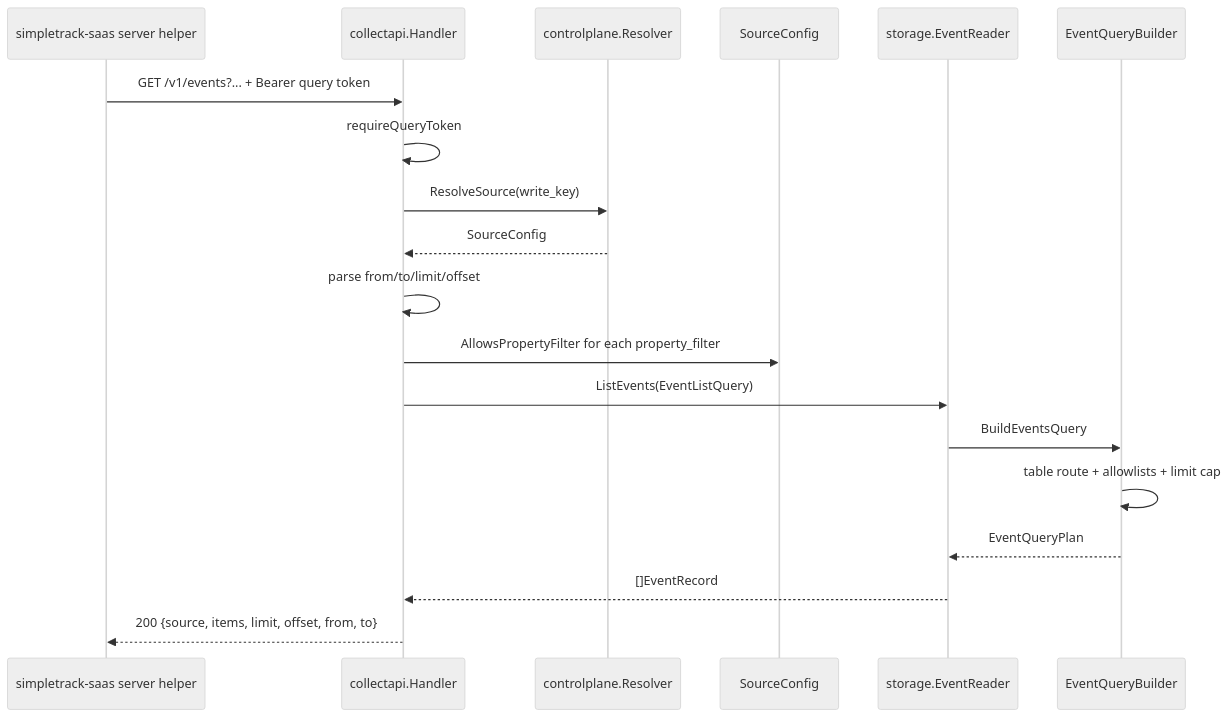
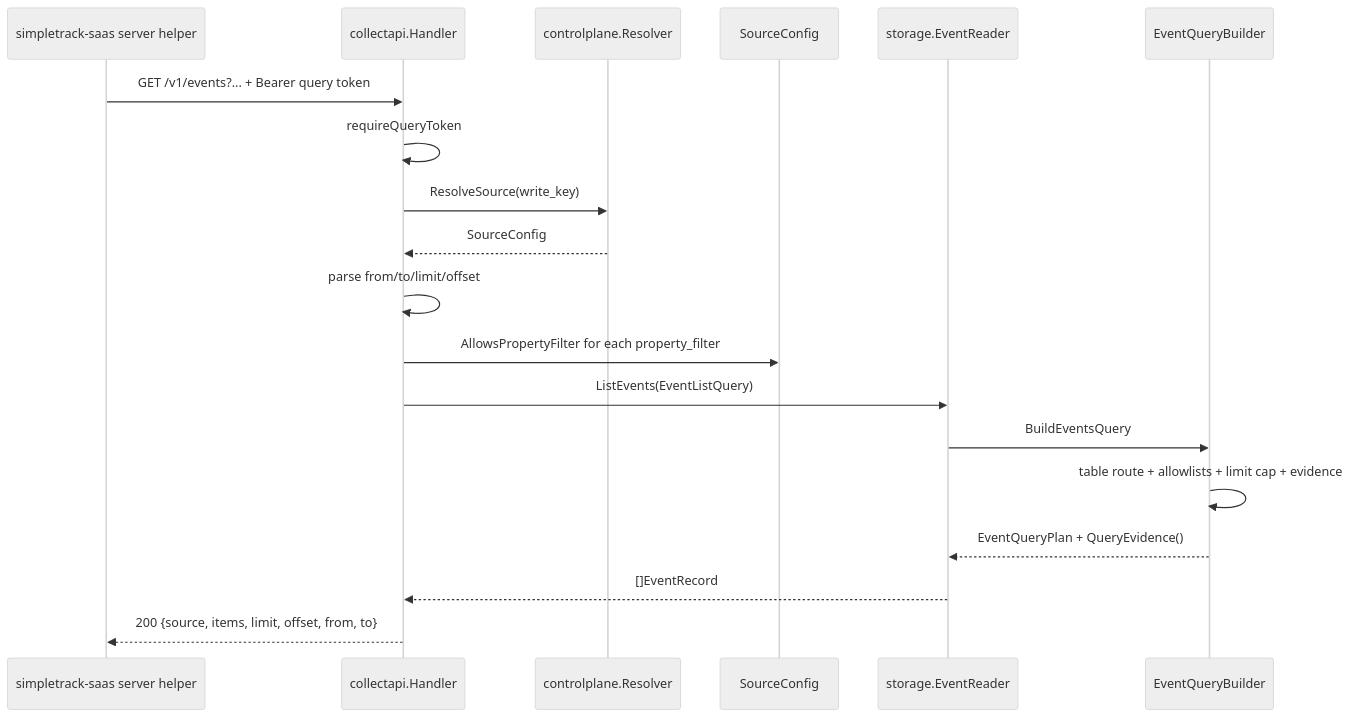
Before and after one commit to RoggerZ/uba: the fourth of 12 diagrams in docs/analytics-source-reading/collectapi-query-and-tracker-flow.md, drawn with Mermaid (neutral theme). The commit also changed other lines of this file and 5 other files, not shown here.

````diff
--- a/docs/analytics-source-reading/collectapi-query-and-tracker-flow.md
+++ b/docs/analytics-source-reading/collectapi-query-and-tracker-flow.md
@@ -947,22 +947,22 @@
 ```mermaid
 sequenceDiagram
     participant SaaS as simpletrack-saas server helper
     participant Handler as collectapi.Handler
     participant Resolver as controlplane.Resolver
     participant Source as SourceConfig
     participant Reader as storage.EventReader
     participant Builder as EventQueryBuilder
 
     SaaS->>Handler: GET /v1/events?... + Bearer query token
     Handler->>Handler: requireQueryToken
     Handler->>Resolver: ResolveSource(write_key)
     Resolver-->>Handler: SourceConfig
     Handler->>Handler: parse from/to/limit/offset
     Handler->>Source: AllowsPropertyFilter for each property_filter
     Handler->>Reader: ListEvents(EventListQuery)
     Reader->>Builder: BuildEventsQuery
-    Builder->>Builder: table route + allowlists + limit cap
-    Builder-->>Reader: EventQueryPlan
+    Builder->>Builder: table route + allowlists + limit cap + evidence
+    Builder-->>Reader: EventQueryPlan + QueryEvidence()
     Reader-->>Handler: []EventRecord
     Handler-->>SaaS: 200 {source, items, limit, offset, from, to}
 ```
````
